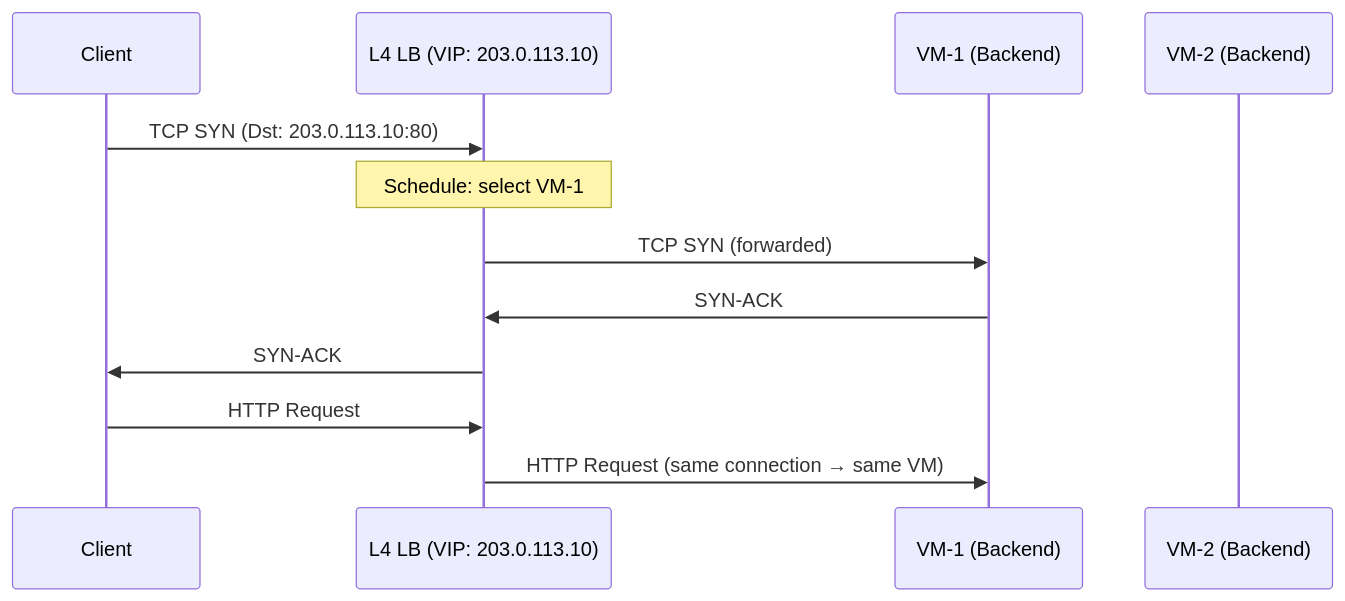
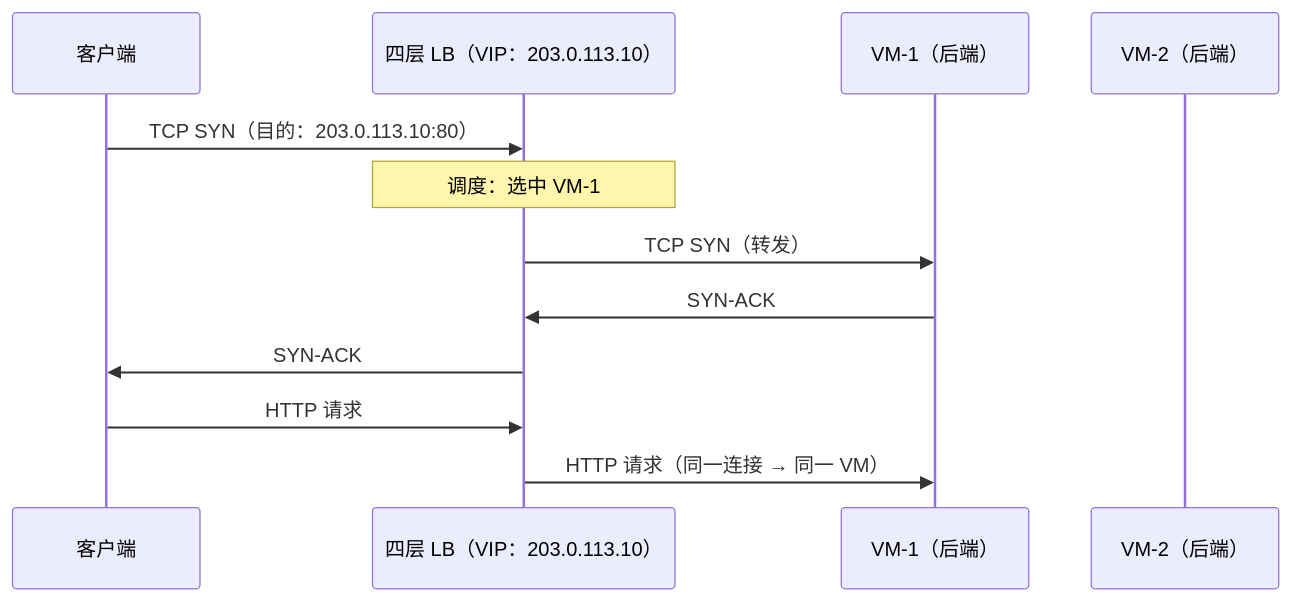
One commit to caozhiyi/network-book changed the first of 4 diagrams in docs/15.流量涌入一台撑不住负载均衡.md. Above: the diagram before and after it, drawn with Mermaid. The commit also changed other lines of this file and 77 other files, not shown here.

````diff
--- a/docs/15.流量涌入一台撑不住负载均衡.md
+++ b/docs/15.流量涌入一台撑不住负载均衡.md
@@ -57,15 +57,15 @@
 ```mermaid
 sequenceDiagram
-    participant C as Client
-    participant LB as L4 LB (VIP: 203.0.113.10)
-    participant S1 as VM-1 (Backend)
-    participant S2 as VM-2 (Backend)
+    participant C as 客户端
+    participant LB as 四层 LB（VIP：203.0.113.10）
+    participant S1 as VM-1（后端）
+    participant S2 as VM-2（后端）
 
-    C->>LB: TCP SYN (Dst: 203.0.113.10:80)
-    Note over LB: Schedule: select VM-1
-    LB->>S1: TCP SYN (forwarded)
+    C->>LB: TCP SYN（目的：203.0.113.10:80）
+    Note over LB: 调度：选中 VM-1
+    LB->>S1: TCP SYN（转发）
     S1->>LB: SYN-ACK
     LB->>C: SYN-ACK
-    C->>LB: HTTP Request
-    LB->>S1: HTTP Request (same connection → same VM)
+    C->>LB: HTTP 请求
+    LB->>S1: HTTP 请求（同一连接 → 同一 VM）
 ```
````
